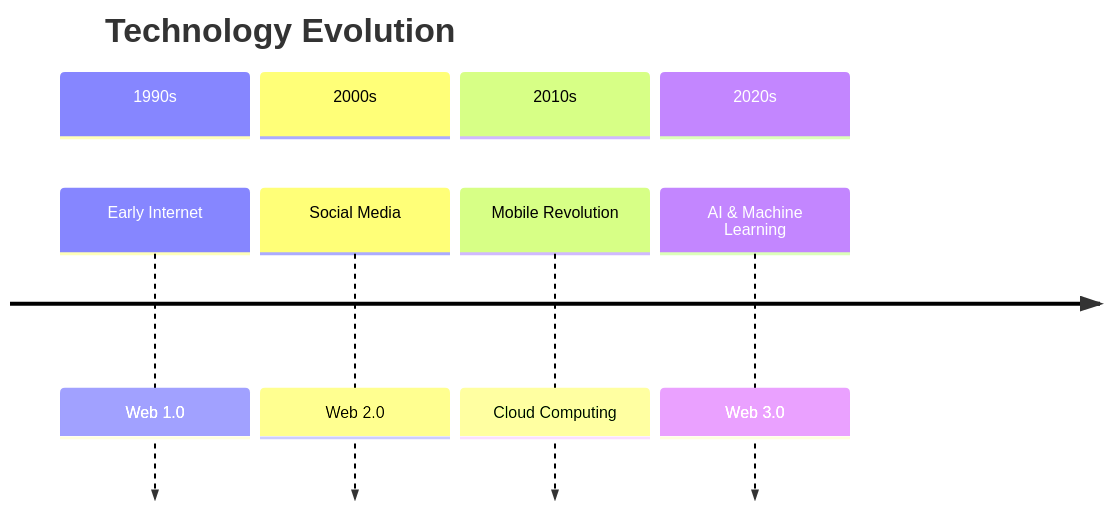
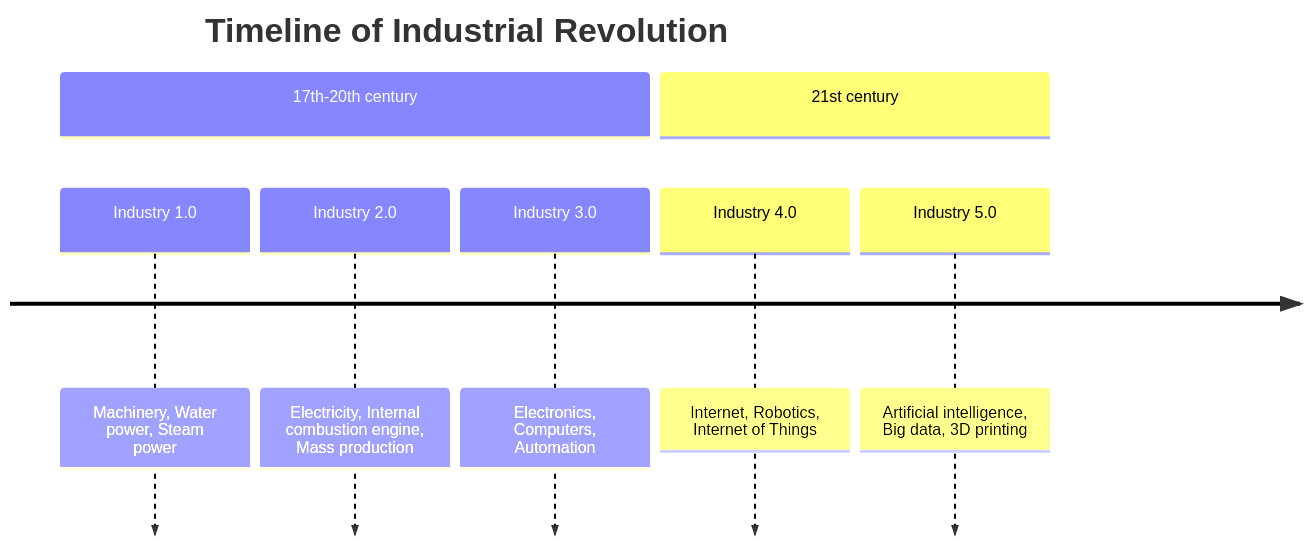
Before and after one commit to teachingai/full-stack-skills: the second of 7 diagrams in skills/mermaid/examples/timeline.md, drawn with Mermaid. The commit also changed other lines of this file and 21 other files, not shown here.

First line of the commit message:
docs(mermaid): 更新架构、块、C4和类图示例文档

````diff
--- a/skills/mermaid/examples/timeline.md
+++ b/skills/mermaid/examples/timeline.md
@@ -78,12 +37,11 @@
 ```mermaid
 timeline
-    title Technology Evolution
-    section 1990s
-        Early Internet : Web 1.0
-    section 2000s
-        Social Media : Web 2.0
-    section 2010s
-        Mobile Revolution : Cloud Computing
-    section 2020s
-        AI & Machine Learning : Web 3.0
+    title Timeline of Industrial Revolution
+    section 17th-20th century
+        Industry 1.0 : Machinery, Water power, Steam <br>power
+        Industry 2.0 : Electricity, Internal combustion engine, Mass production
+        Industry 3.0 : Electronics, Computers, Automation
+    section 21st century
+        Industry 4.0 : Internet, Robotics, Internet of Things
+        Industry 5.0 : Artificial intelligence, Big data, 3D printing
 ```
````
